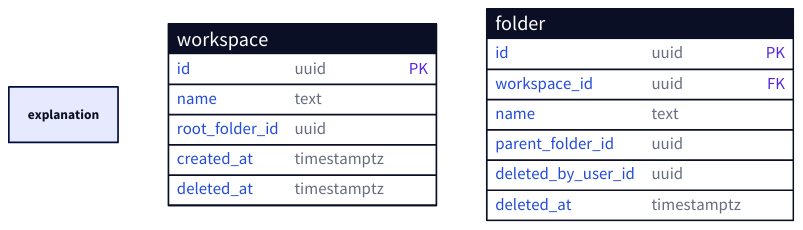
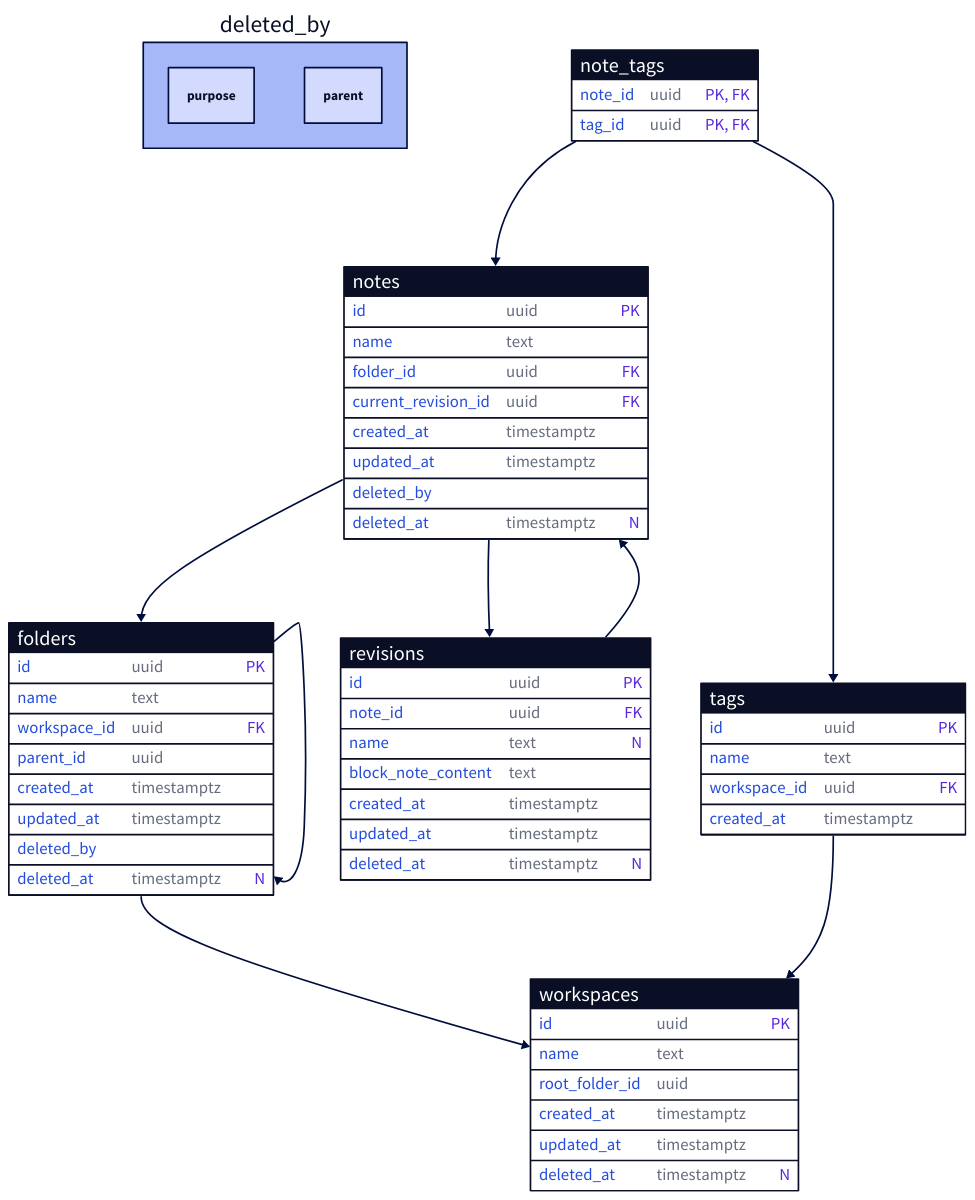
One commit to notopia-uit/notopia changed the diagram in docs/src/docs/database.md. Above: the diagram before and after it, drawn with D2. The commit also changed 3 other files, not shown here.

````diff
--- a/docs/src/docs/database.md
+++ b/docs/src/docs/database.md
@@ -10,23 +10,83 @@
   }
 }
 
-**.shape: sql_table
-explanation.shape: rectangle
+deleted_by: {
+  shape: rectangle
+  purpose
+  parent
+}
 
-workspace: {
+workspaces: {
   id: uuid {constraint: PK}
   name: text
   root_folder_id: uuid
   created_at: timestamptz
-  deleted_at: timestamptz
+  updated_at: timestamptz
+  deleted_at: timestamptz {constraint: N}
+
+  shape: sql_table
 }
 
-folder: {
-    id: uuid {constraint: PK}
-    workspace_id: uuid {constraint: FK}
-    name: text
-    parent_folder_id: uuid
-    deleted_by_user_id: uuid
-    deleted_at: timestamptz
+folders: {
+  id: uuid {constraint: PK}
+  name: text
+  workspace_id: uuid {constraint: FK}
+  parent_id: uuid
+  created_at: timestamptz
+  updated_at: timestamptz
+  deleted_by: deleted_by
+  deleted_at: timestamptz {constraint: N}
+
+  shape: sql_table
 }
+
+notes: {
+  id: uuid {constraint: PK}
+  name: text
+  folder_id: uuid {constraint: FK}
+  current_revision_id: uuid {constraint: FK}
+  created_at: timestamptz
+  updated_at: timestamptz
+  deleted_by: deleted_by
+  deleted_at: timestamptz {constraint: N}
+
+  shape: sql_table
+}
+
+tags: {
+  id: uuid {constraint: PK}
+  name: text
+  workspace_id: uuid {constraint: FK}
+  created_at: timestamptz
+
+  shape: sql_table
+}
+
+note_tags: {
+  note_id: uuid {constraint: PK, FK}
+  tag_id: uuid {constraint: PK, FK}
+
+  shape: sql_table
+}
+
+revisions: {
+  id: uuid {constraint: PK}
+  note_id: uuid {constraint: FK}
+  name: text {constraint: N}
+  block_note_content: text
+  created_at: timestamptz
+  updated_at: timestamptz
+  deleted_at: timestamptz {constraint: N}
+
+  shape: sql_table
+}
+
+folders.workspace_id -> workspaces.id
+folders.parent_id -> folders.id
+notes.folder_id -> folders.id
+notes.current_revision_id -> revisions.id
+tags.workspace_id -> workspaces.id
+note_tags.note_id -> notes.id
+note_tags.tag_id -> tags.id
+revisions.note_id -> notes.id
 ```
````
